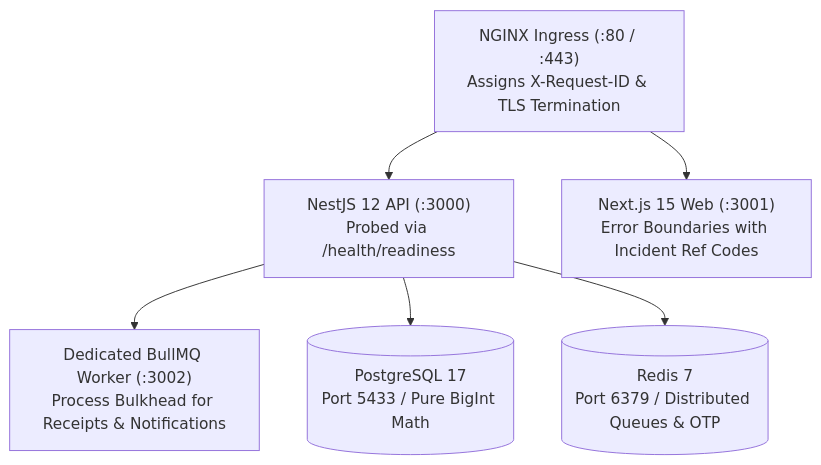
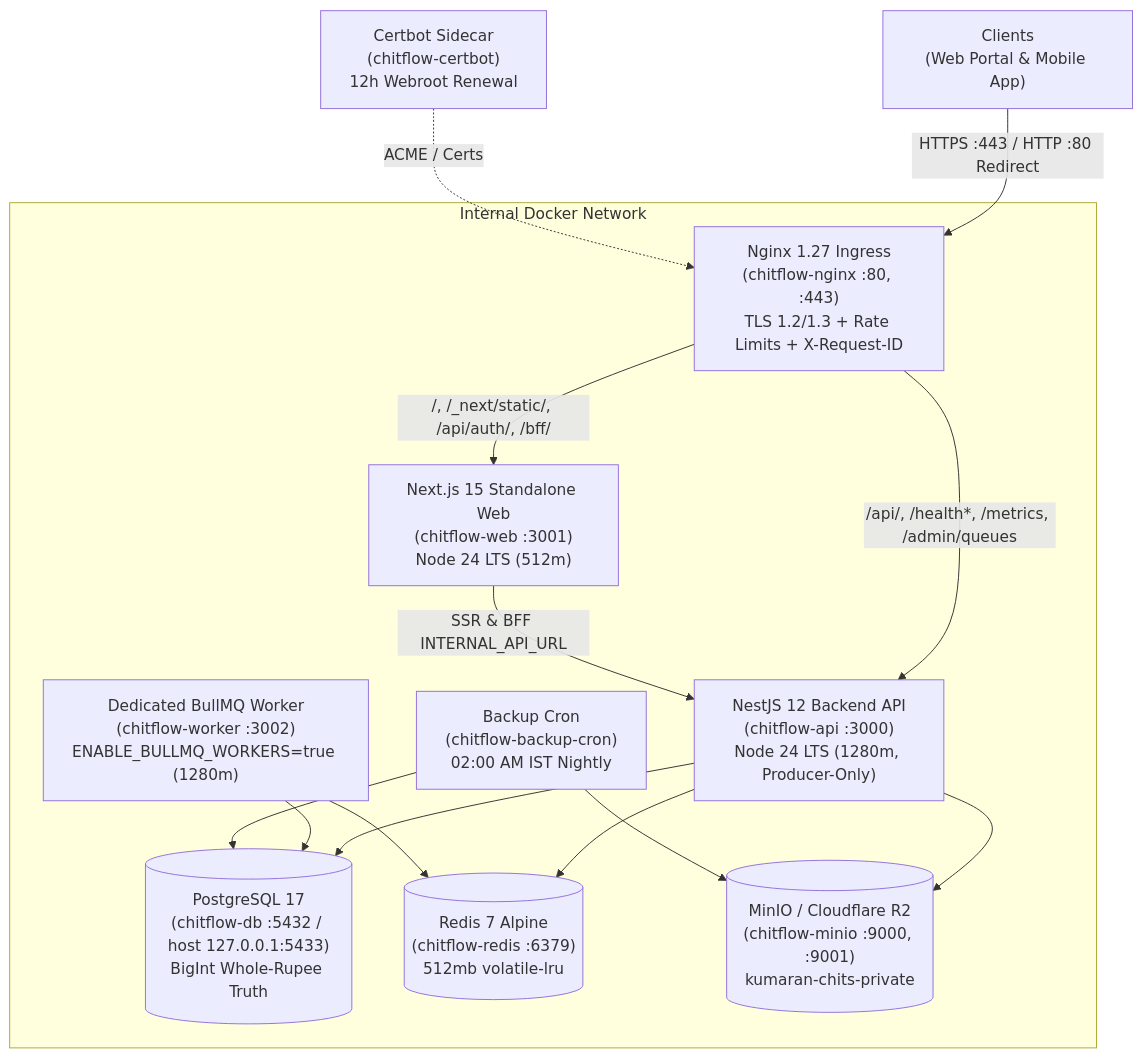
The diagram in docs/07-operations/PRODUCTION-DEPLOYMENT-GUIDE.md (Kathir-24/Kumaran-finance), drawn with Mermaid before and after one commit. The commit also changed other lines of this file and 17 other files, not shown here.

````diff
--- a/docs/07-operations/PRODUCTION-DEPLOYMENT-GUIDE.md
+++ b/docs/07-operations/PRODUCTION-DEPLOYMENT-GUIDE.md
@@ -21,9 +15,19 @@
 ```mermaid
 flowchart TD
-    Ingress["NGINX Ingress (:80 / :443)\nAssigns X-Request-ID & TLS Termination"]
-    Ingress --> Api["NestJS 12 API (:3000)\nProbed via /health/readiness"]
-    Ingress --> Web["Next.js 15 Web (:3001)\nError Boundaries with Incident Ref Codes"]
-    Api --> Worker["Dedicated BullMQ Worker (:3002)\nProcess Bulkhead for Receipts & Notifications"]
-    Api --> DB[("PostgreSQL 17\nPort 5433 / Pure BigInt Math")]
-    Api --> Redis[("Redis 7\nPort 6379 / Distributed Queues & OTP")]
+    Client["Clients\n(Web Portal & Mobile App)"] -->|HTTPS :443 / HTTP :80 Redirect| Nginx["Nginx 1.27 Ingress\n(chitflow-nginx :80, :443)\nTLS 1.2/1.3 + Rate Limits + X-Request-ID"]
+    Certbot["Certbot Sidecar\n(chitflow-certbot)\n12h Webroot Renewal"] -.->|ACME / Certs| Nginx
+
+    subgraph Internal Docker Network
+        Nginx -->|"/, /_next/static/, /api/auth/, /bff/"| Web["Next.js 15 Standalone Web\n(chitflow-web :3001)\nNode 24 LTS (512m)"]
+        Nginx -->|"/api/, /health*, /metrics, /admin/queues"| API["NestJS 12 Backend API\n(chitflow-api :3000)\nNode 24 LTS (1280m, Producer-Only)"]
+        Web -->|"SSR & BFF INTERNAL_API_URL"| API
+        Worker["Dedicated BullMQ Worker\n(chitflow-worker :3002)\nENABLE_BULLMQ_WORKERS=true (1280m)"]
+        API --> DB[("PostgreSQL 17\n(chitflow-db :5432 / host 127.0.0.1:5433)\nBigInt Whole-Rupee Truth")]
+        Worker --> DB
+        API --> Redis[("Redis 7 Alpine\n(chitflow-redis :6379)\n512mb volatile-lru")]
+        Worker --> Redis
+        API --> S3[("MinIO / Cloudflare R2\n(chitflow-minio :9000, :9001)\nkumaran-chits-private")]
+        BackupCron["Backup Cron\n(chitflow-backup-cron)\n02:00 AM IST Nightly"] --> DB
+        BackupCron --> S3
+    end
 ```
````
